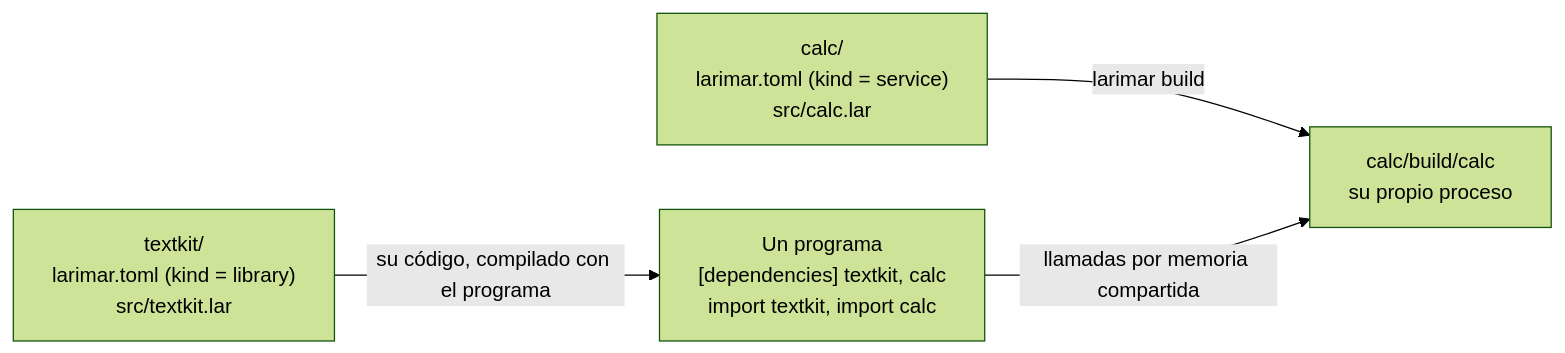
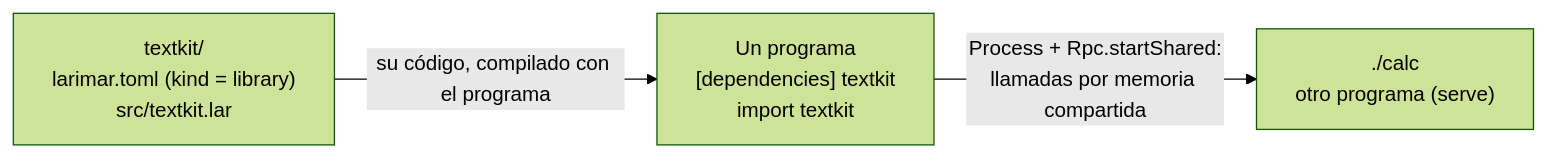
One commit to zerh/larimar changed the first of 3 diagrams in docs/libraries.es.md. Above: the diagram before and after it, drawn with Mermaid (forest theme). The commit also changed other lines of this file and 263 other files, not shown here.

````diff
--- a/docs/libraries.es.md
+++ b/docs/libraries.es.md
@@ -54,10 +55,8 @@
 ```mermaid
 flowchart LR
     lib["textkit/<br/>larimar.toml (kind = library)<br/>src/textkit.lar"]
-    svc["calc/<br/>larimar.toml (kind = service)<br/>src/calc.lar"]
-    prog["Un programa<br/>[dependencies] textkit, calc<br/>import textkit, import calc"]
-    exe["calc/build/calc<br/>su propio proceso"]
+    prog["Un programa<br/>[dependencies] textkit<br/>import textkit"]
+    exe["./calc<br/>otro programa (serve)"]
     lib -- "su código, compilado con el programa" --> prog
-    svc -- "larimar build" --> exe
-    prog -- "llamadas por memoria compartida" --> exe
+    prog -- "Process + Rpc.startShared:<br/>llamadas por memoria compartida" --> exe
 ```
````
